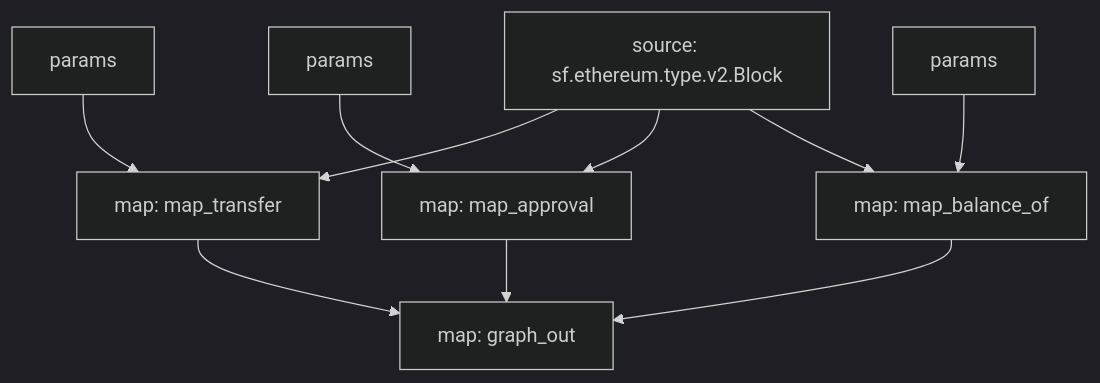
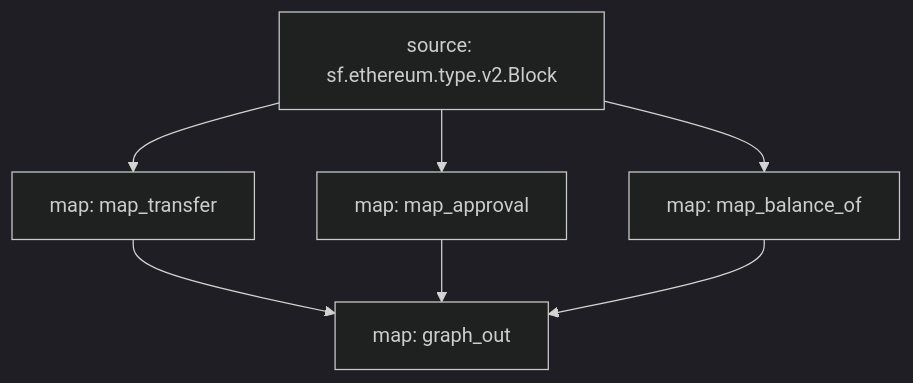
Before and after one commit to pinax-network/substreams-cookbook: the diagram in erc20/README.md, drawn with Mermaid (dark theme). The commit also changed other lines of this file and 6 other files, not shown here.

````diff
--- a/erc20/README.md
+++ b/erc20/README.md
@@ -60,16 +61,14 @@
 ```mermaid
 graph TD;
   map_transfer[map: map_transfer];
-  map_transfer:params[params] --> map_transfer;
   sf.ethereum.type.v2.Block[source: sf.ethereum.type.v2.Block] --> map_transfer;
   map_approval[map: map_approval];
-  map_approval:params[params] --> map_approval;
   sf.ethereum.type.v2.Block[source: sf.ethereum.type.v2.Block] --> map_approval;
   map_balance_of[map: map_balance_of];
-  map_balance_of:params[params] --> map_balance_of;
   sf.ethereum.type.v2.Block[source: sf.ethereum.type.v2.Block] --> map_balance_of;
   graph_out[map: graph_out];
   map_transfer --> graph_out;
   map_approval --> graph_out;
   map_balance_of --> graph_out;
+
 ```
````
